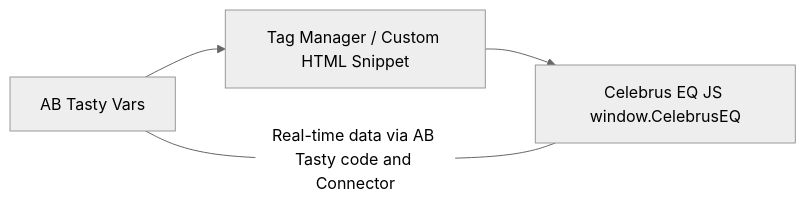
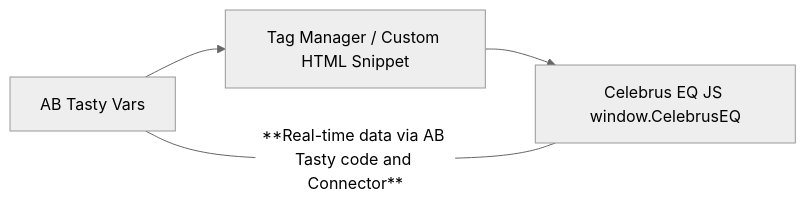
The diagram in README.md (valoudefou/celebrus-analytics-abtasty-integration), drawn with Mermaid (neutral theme) before and after one commit.

````diff
--- a/README.md
+++ b/README.md
@@ -64,8 +64,8 @@
 ```mermaid
 flowchart LR
     A[AB Tasty Vars<br>] --> B[Tag Manager / Custom HTML Snippet]
     B --> C[Celebrus EQ JS window.CelebrusEQ</a>]
 
     %% Real-time data flow arrow
-    A ---|Real-time data via AB Tasty code and Connector| C
+    A ---|**Real-time data via AB Tasty code and Connector**| C
 ```
````
